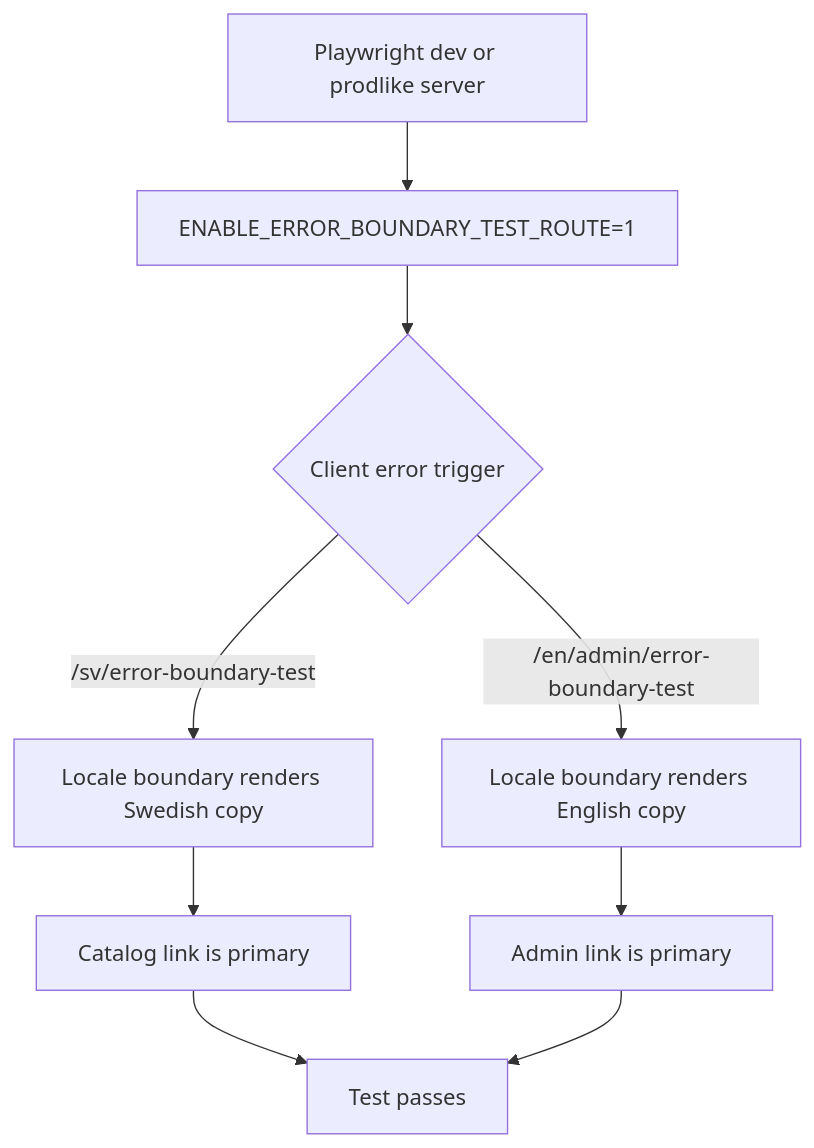
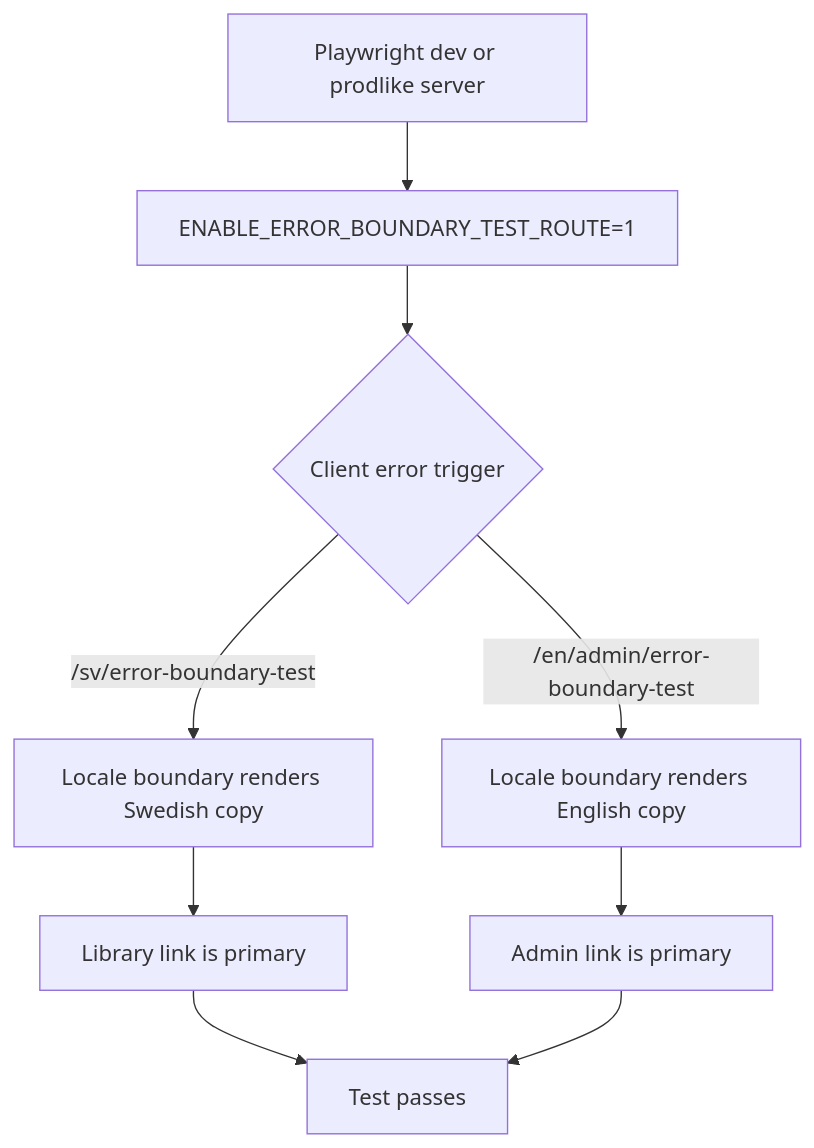
Before and after one commit to viscalyx/Kravhantering: the first of 3 diagrams in tests/integration/error-boundary-smoke.md, drawn with Mermaid. The commit also changed other lines of this file and 109 other files, not shown here.

````diff
--- a/tests/integration/error-boundary-smoke.md
+++ b/tests/integration/error-boundary-smoke.md
@@ -14,11 +14,11 @@
 ```mermaid
 flowchart TD
     A[Playwright dev or prodlike server] --> B[ENABLE_ERROR_BOUNDARY_TEST_ROUTE=1]
     B --> C{Client error trigger}
     C -- /sv/error-boundary-test --> D[Locale boundary renders Swedish copy]
     C -- /en/admin/error-boundary-test --> E[Locale boundary renders English copy]
-    D --> F[Catalog link is primary]
+    D --> F[Library link is primary]
     E --> G[Admin link is primary]
     F --> H[Test passes]
     G --> H
 ```
````
